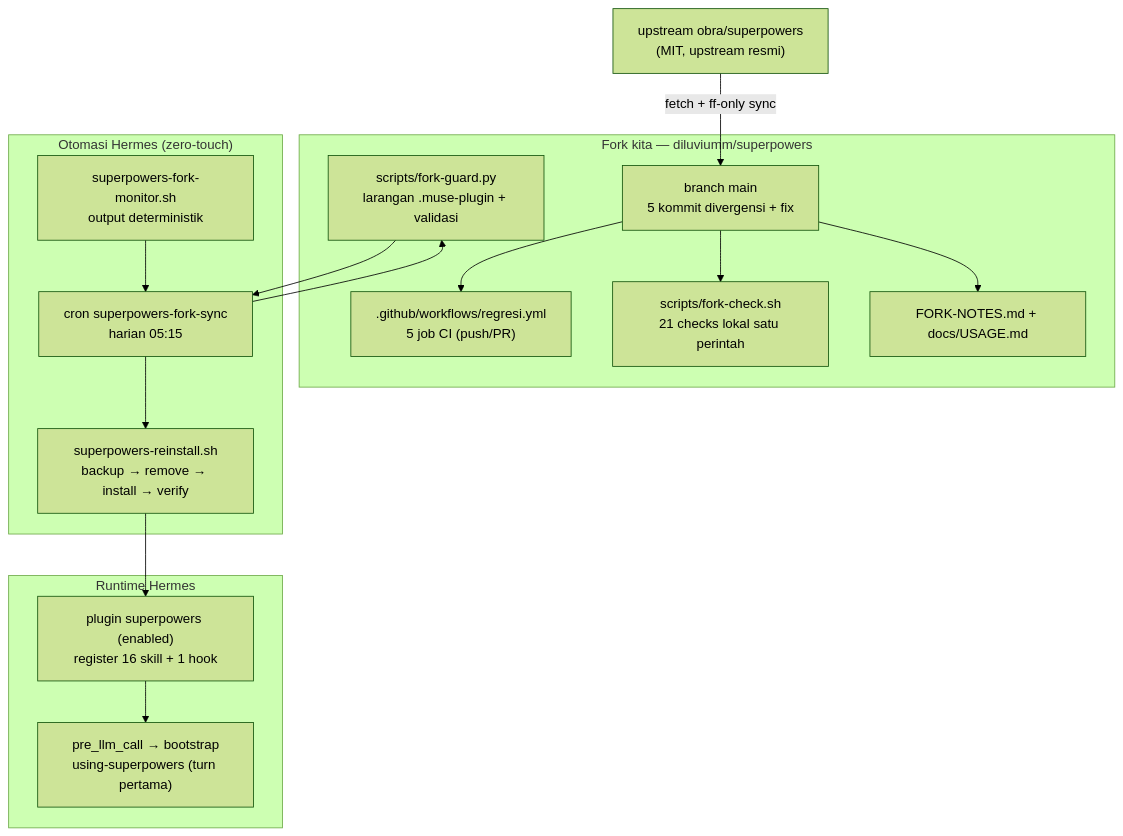
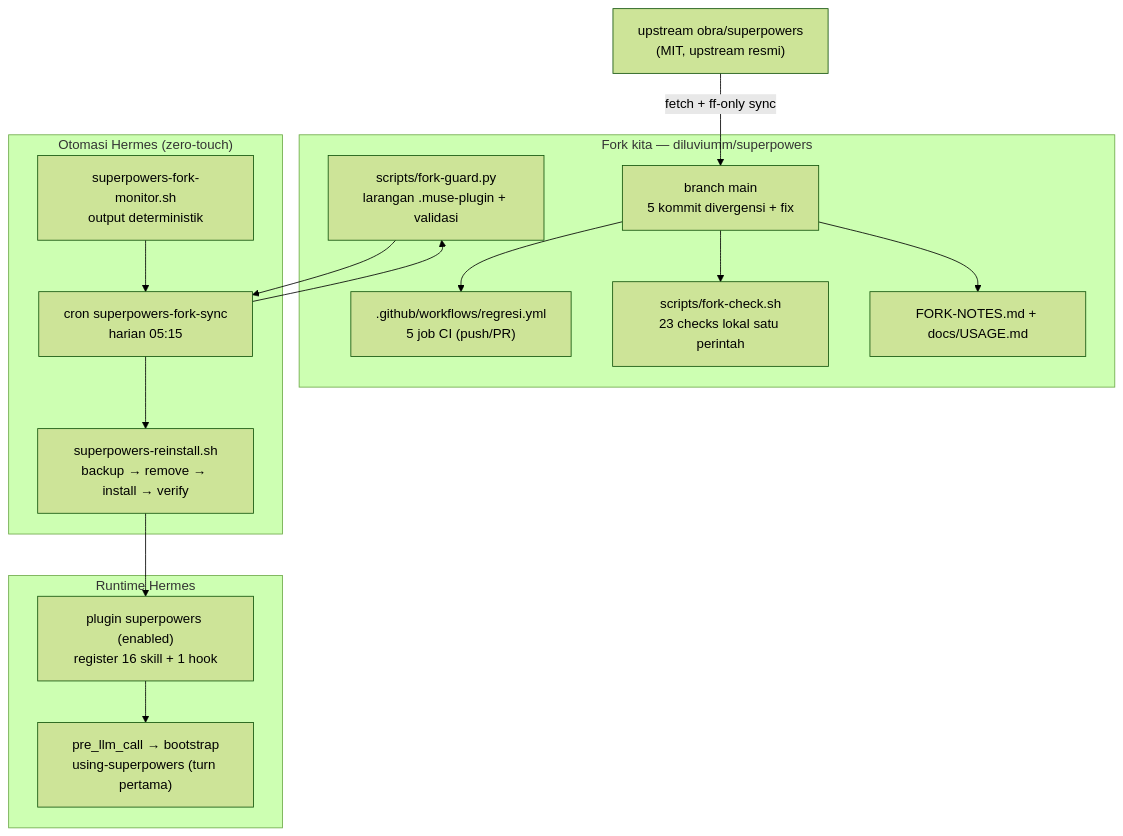
Before and after one commit to diluviumm/superpowers: the first of 3 diagrams in docs/USAGE.md, drawn with Mermaid (forest theme). The commit also changed other lines of this file and 3 other files, not shown here.

````diff
--- a/docs/USAGE.md
+++ b/docs/USAGE.md
@@ -11,31 +11,31 @@
 ```mermaid
 flowchart TD
     UP["upstream obra/superpowers<br/>(MIT, upstream resmi)"]
     subgraph FORK["Fork kita — diluviumm/superpowers"]
         MAIN["branch main<br/>5 kommit divergensi + fix"]
         GUARD["scripts/fork-guard.py<br/>larangan .muse-plugin + validasi"]
         CI[".github/workflows/regresi.yml<br/>5 job CI (push/PR)"]
-        FC["scripts/fork-check.sh<br/>21 checks lokal satu perintah"]
+        FC["scripts/fork-check.sh<br/>23 checks lokal satu perintah"]
         DOC["FORK-NOTES.md + docs/USAGE.md"]
     end
     subgraph AUTO["Otomasi Hermes (zero-touch)"]
         CRON["cron superpowers-fork-sync<br/>harian 05:15"]
         MON["superpowers-fork-monitor.sh<br/>output deterministik"]
         REIN["superpowers-reinstall.sh<br/>backup → remove → install → verify"]
     end
     subgraph RUN["Runtime Hermes"]
         PLUGIN["plugin superpowers (enabled)<br/>register 16 skill + 1 hook"]
         HOOK["pre_llm_call → bootstrap<br/>using-superpowers (turn pertama)"]
     end
 
     UP -- "fetch + ff-only sync" --> MAIN
     MAIN --> CI
     MAIN --> FC
     MAIN --> DOC
     CRON --> GUARD
     CRON --> REIN
     MON --> CRON
     REIN --> PLUGIN
     PLUGIN --> HOOK
     GUARD --> CRON
 ```
````
